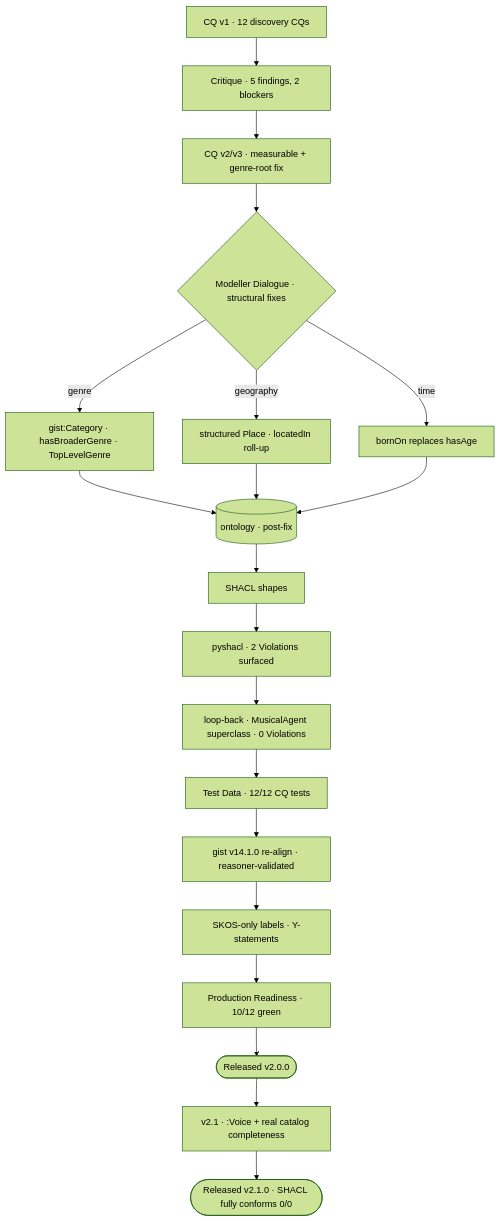
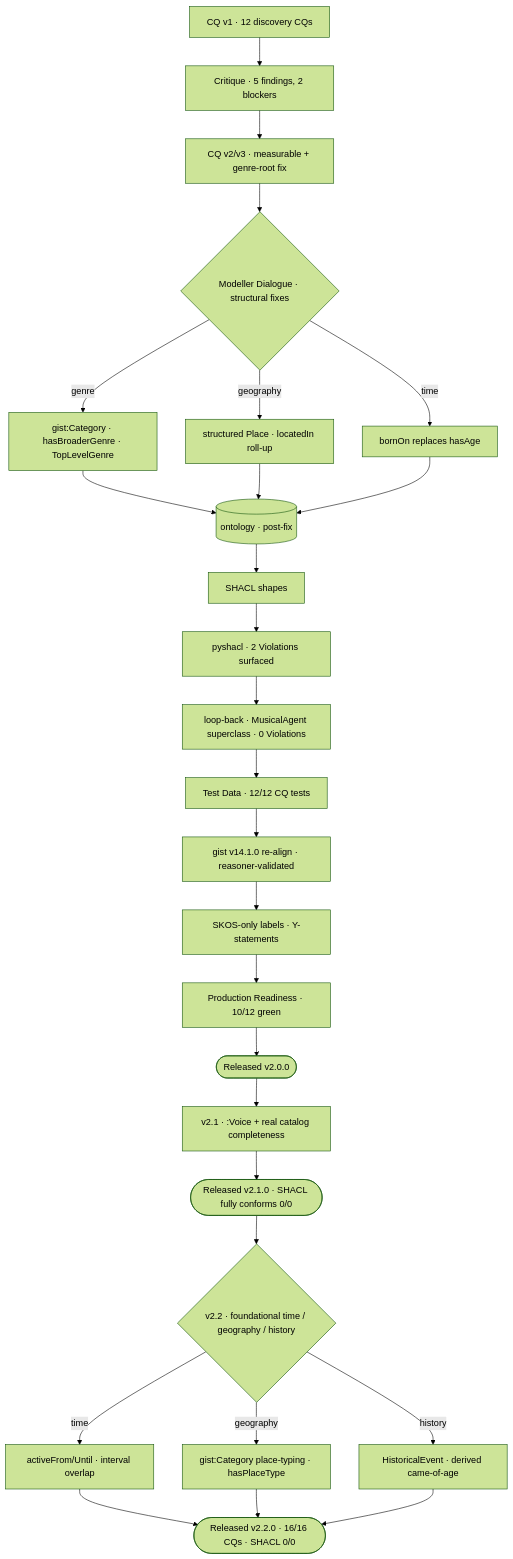
Before and after one commit to blacng/music-ontology: the second of 3 diagrams in README.md, drawn with Mermaid (forest theme). The commit also changed other lines of this file and 11 other files, not shown here.

````diff
--- a/README.md
+++ b/README.md
@@ -38,22 +38,29 @@
 ```mermaid
 flowchart TB
   cq1[CQ v1 · 12 discovery CQs] --> crit[Critique · 5 findings, 2 blockers]
   crit --> cq2[CQ v2/v3 · measurable + genre-root fix]
   cq2 --> dlg{Modeller Dialogue · structural fixes}
   dlg -->|genre| g[gist:Category · hasBroaderGenre · TopLevelGenre]
   dlg -->|geography| pl[structured Place · locatedIn roll-up]
   dlg -->|time| bd[bornOn replaces hasAge]
   g --> ttl[(ontology · post-fix)]
   pl --> ttl
   bd --> ttl
   ttl --> shacl[SHACL shapes]
   shacl --> rep[pyshacl · 2 Violations surfaced]
   rep --> dlg2[loop-back · MusicalAgent superclass · 0 Violations]
   dlg2 --> td[Test Data · 12/12 CQ tests]
   td --> gist[gist v14.1.0 re-align · reasoner-validated]
   gist --> skos[SKOS-only labels · Y-statements]
   skos --> pr[Production Readiness · 10/12 green]
   pr --> v20([Released v2.0.0])
   v20 --> v21[v2.1 · :Voice + real catalog completeness]
-  v21 --> rel([Released v2.1.0 · SHACL fully conforms 0/0])
+  v21 --> rel21([Released v2.1.0 · SHACL fully conforms 0/0])
+  rel21 --> v22{v2.2 · foundational time / geography / history}
+  v22 -->|time| af[activeFrom/Until · interval overlap]
+  v22 -->|geography| pt[gist:Category place-typing · hasPlaceType]
+  v22 -->|history| he[HistoricalEvent · derived came-of-age]
+  af --> rel([Released v2.2.0 · 16/16 CQs · SHACL 0/0])
+  pt --> rel
+  he --> rel
 ```
````
